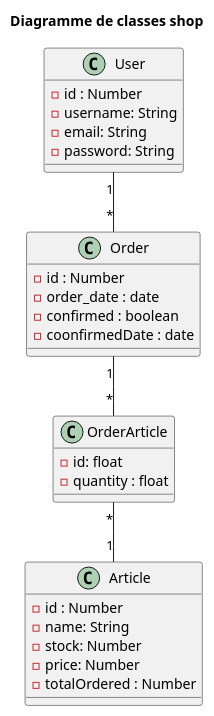
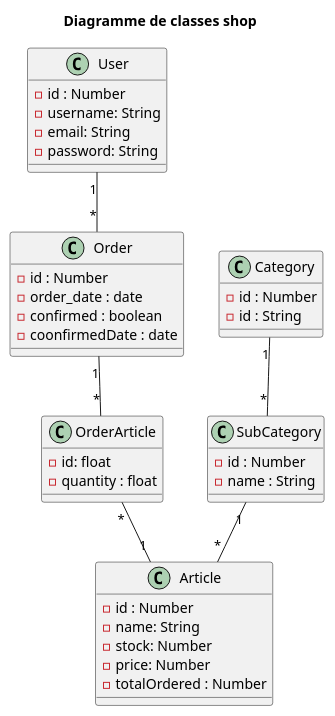
One commit to rdpt03/FMS-WEB-Shop changed the diagram in docs/class_diagram.puml. Above: the diagram before and after it, drawn with PlantUML.

Commit message:
add Categories classes

```diff
--- a/docs/class_diagram.puml
+++ b/docs/class_diagram.puml
@@ -1,34 +1,45 @@
 @startuml
 title Diagramme de classes shop
 class User {
     - id : Number
     - username: String
     - email: String
     - password: String
 }
 
 class Order {
     - id : Number
     - order_date : date
     - confirmed : boolean
     - coonfirmedDate : date
 }
 
 class OrderArticle {
     - id: float
     - quantity : float
 }
 
 class Article {
     - id : Number
     - name: String
     - stock: Number
     - price: Number
     - totalOrdered : Number
 }
 
+class SubCategory {
+    - id : Number
+    - name : String
+}
+class Category{
+    - id : Number
+    - id : String
+}
+
 User "1"--"*" Order
 Order "1"--"*" OrderArticle
 OrderArticle "*"--"1" Article
 
+Category "1"--"*" SubCategory
+SubCategory "1"--"*" Article
 @enduml
```
